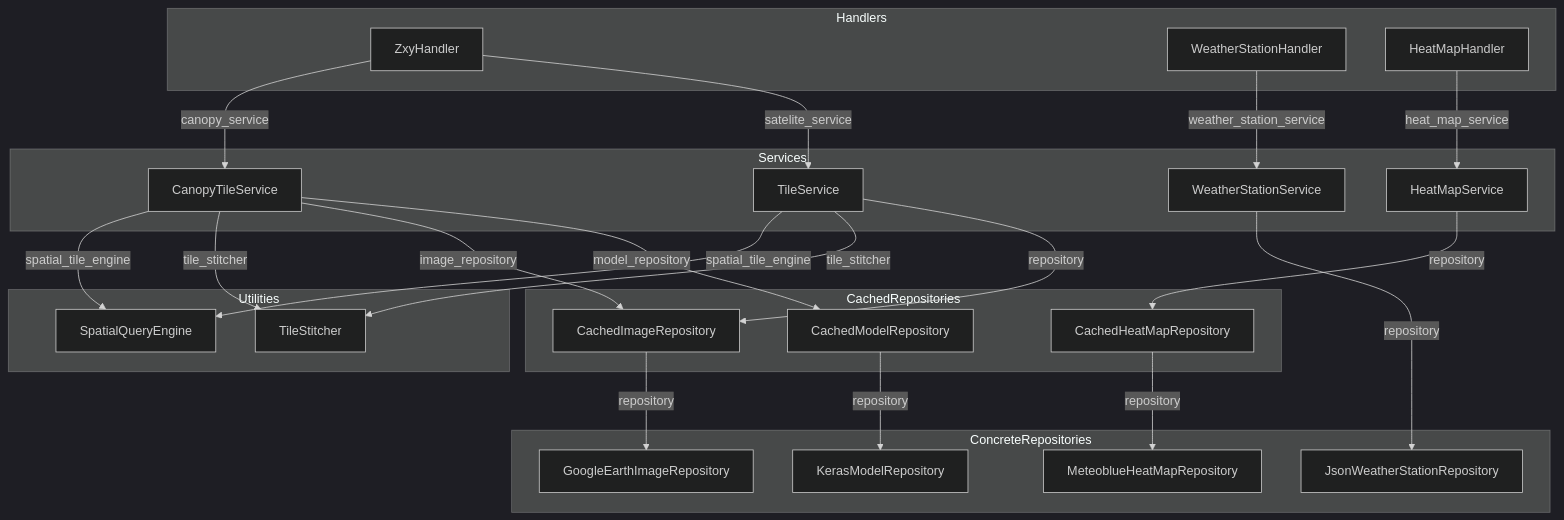
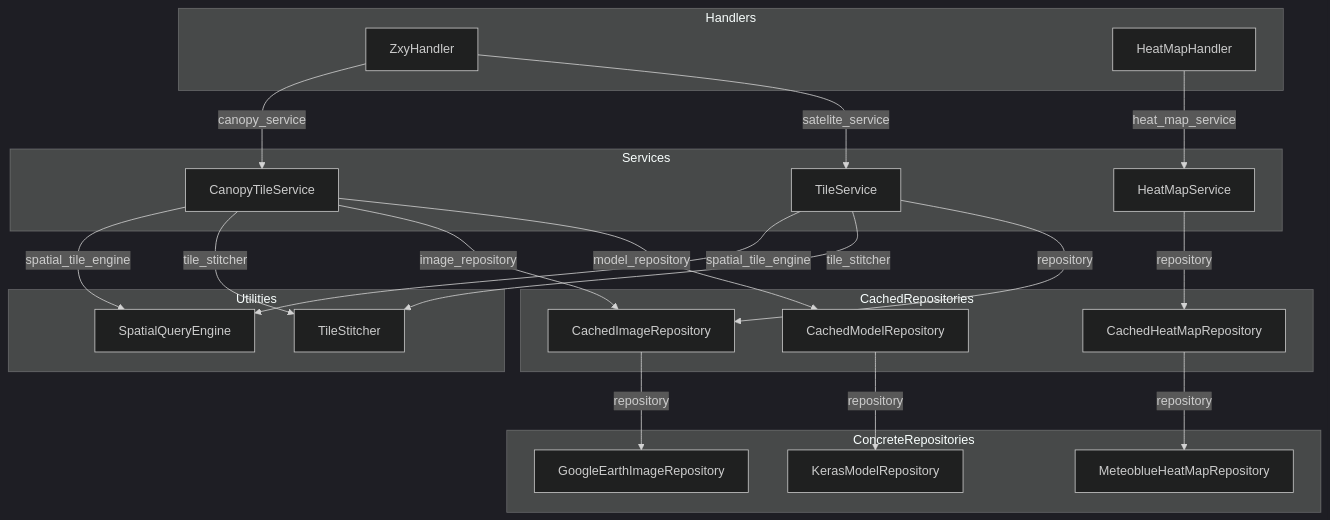
One commit to EliasPlesiotis/satelite-canopy-monitor changed the first of 3 diagrams in README.md. Above: the diagram before and after it, drawn with Mermaid (dark theme). The commit also changed other lines of this file and 5 other files, not shown here.

Commit message:
remove weather station layer

````diff
--- a/README.md
+++ b/README.md
@@ -50,54 +50,49 @@
 ```mermaid
 graph TD
     subgraph Handlers
         ZXY[ZxyHandler]
-        WSH[WeatherStationHandler]
         HMH[HeatMapHandler]
     end
 
     subgraph Services
         CTS[CanopyTileService]
         TS[TileService]
-        WSS[WeatherStationService]
         HMS[HeatMapService]
     end
 
     subgraph Utilities
         SQE[SpatialQueryEngine]
         TST[TileStitcher]
     end
 
     subgraph CachedRepositories
         CIR[CachedImageRepository]
         CMR[CachedModelRepository]
         CHR[CachedHeatMapRepository]
     end
 
     subgraph ConcreteRepositories
         GER[GoogleEarthImageRepository]
         KMR[KerasModelRepository]
-        JWR[JsonWeatherStationRepository]
         MHR[MeteoblueHeatMapRepository]
     end
 
     ZXY -->|canopy_service| CTS
     ZXY -->|satelite_service| TS
-    WSH -->|weather_station_service| WSS
     HMH -->|heat_map_service| HMS
 
     CTS -->|spatial_tile_engine| SQE
     CTS -->|tile_stitcher| TST
     CTS -->|image_repository| CIR
     CTS -->|model_repository| CMR
 
     TS -->|spatial_tile_engine| SQE
     TS -->|tile_stitcher| TST
     TS -->|repository| CIR
 
-    WSS -->|repository| JWR
     HMS -->|repository| CHR
 
     CIR -->|repository| GER
     CMR -->|repository| KMR
     CHR -->|repository| MHR
 ```
````
